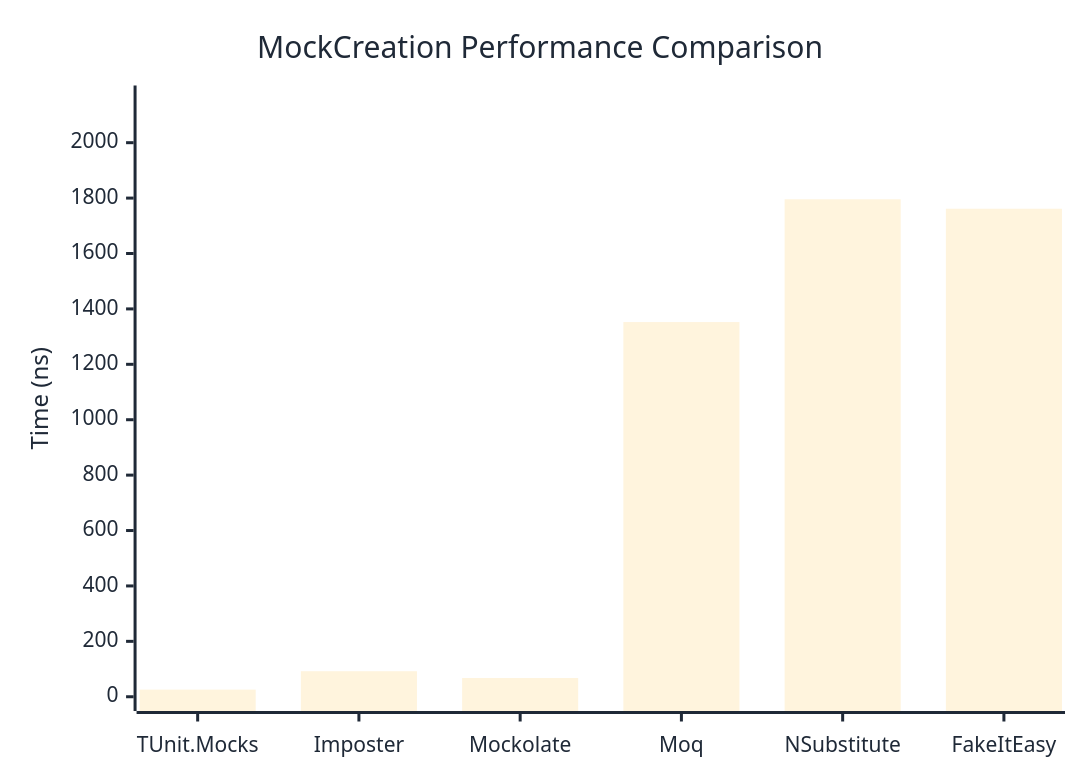
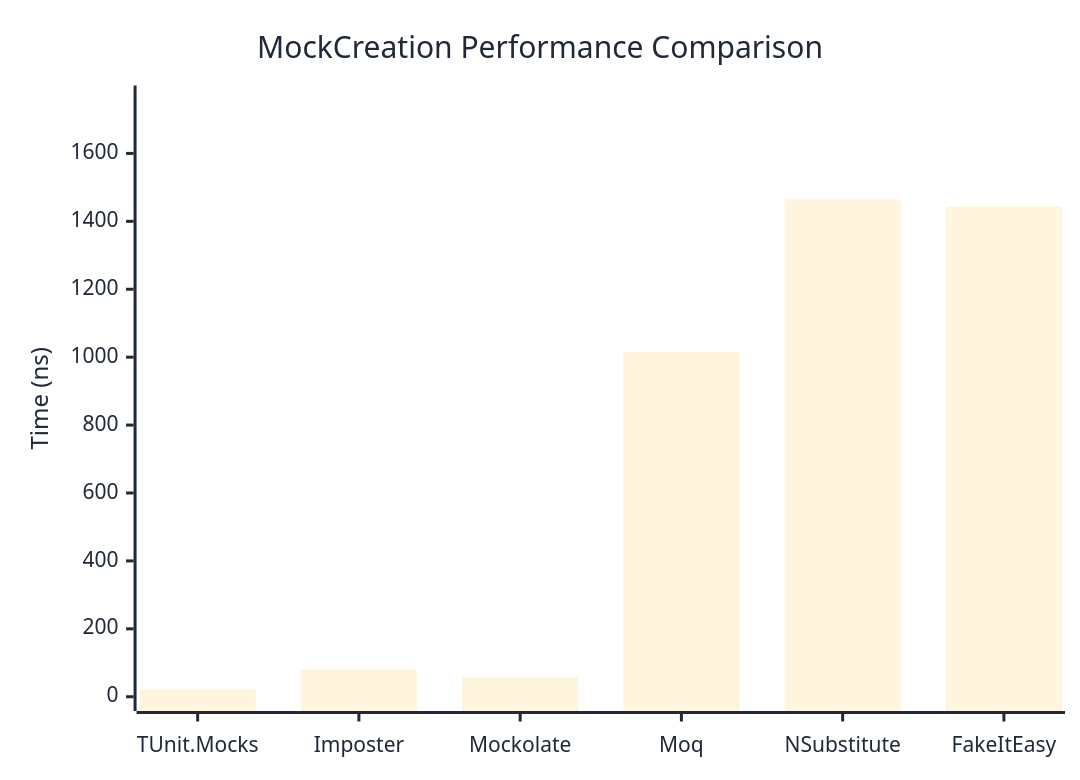
Before and after one commit to thomhurst/TUnit: the first of 2 diagrams in docs/docs/benchmarks/mocks/MockCreation.md, drawn with Mermaid. The commit also changed other lines of this file and 14 other files, not shown here.

````diff
--- a/docs/docs/benchmarks/mocks/MockCreation.md
+++ b/docs/docs/benchmarks/mocks/MockCreation.md
@@ -28,27 +28,27 @@
 ```mermaid
 %%{init: {
   'theme':'base',
   'themeVariables': {
     'primaryColor': '#2563eb',
     'primaryTextColor': '#1f2937',
     'primaryBorderColor': '#1e40af',
     'lineColor': '#6b7280',
     'secondaryColor': '#7c3aed',
     'tertiaryColor': '#dc2626',
     'background': '#ffffff',
     'pie1': '#2563eb',
     'pie2': '#7c3aed',
     'pie3': '#dc2626',
     'pie4': '#f59e0b',
     'pie5': '#10b981',
     'pie6': '#06b6d4',
     'pie7': '#ec4899',
     'pie8': '#6366f1'
   }
 }}%%
 xychart-beta
   title "MockCreation Performance Comparison"
   x-axis ["TUnit.Mocks", "Imposter", "Mockolate", "Moq", "NSubstitute", "FakeItEasy"]
-  y-axis "Time (ns)" 0 --> 2155
-  bar [25.72, 92.17, 67.65, 1352.52, 1795.7, 1761.56]
+  y-axis "Time (ns)" 0 --> 1758
+  bar [21.66, 80.69, 57.22, 1015.82, 1464.77, 1444.06]
 ```
````
